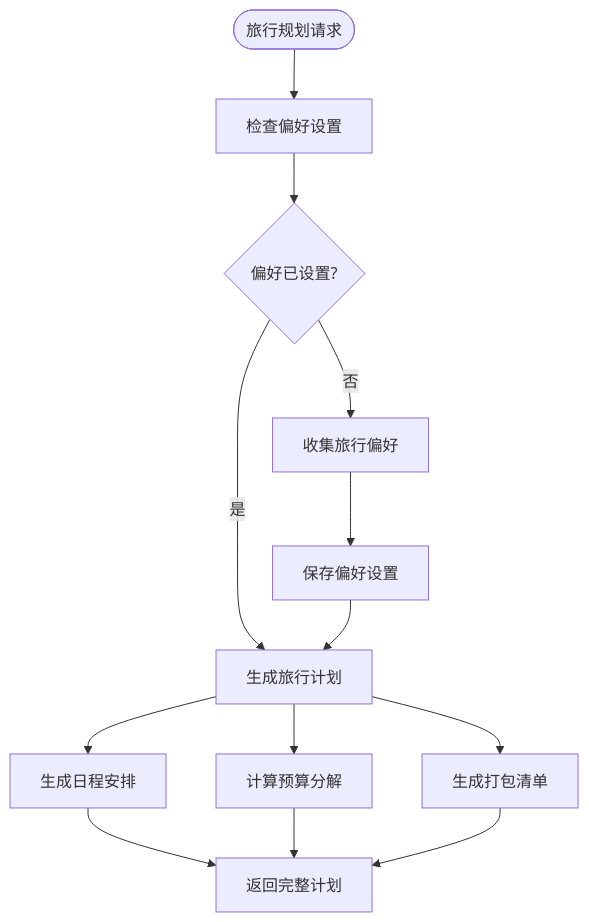
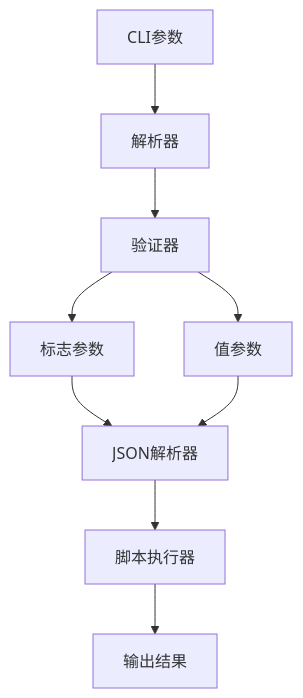
One commit to verse-ai-org/openclaw changed the seventh of 11 diagrams in .qoder/repowiki/zh/content/AI代理系统/AI代理系统.md. Above: the diagram before and after it, drawn with Mermaid. The commit also changed other lines of this file and 74 other files, not shown here.

````diff
--- a/.qoder/repowiki/zh/content/AI代理系统/AI代理系统.md
+++ b/.qoder/repowiki/zh/content/AI代理系统/AI代理系统.md
@@ -284,15 +330,11 @@
 ```mermaid
 flowchart TD
-Start(["旅行规划请求"]) --> CheckPrefs["检查偏好设置"]
-CheckPrefs --> HasPrefs{"偏好已设置?"}
-HasPrefs --> |否| CollectPrefs["收集旅行偏好"]
-HasPrefs --> |是| GenPlan["生成旅行计划"]
-CollectPrefs --> SavePrefs["保存偏好设置"]
-SavePrefs --> GenPlan
-GenPlan --> Itinerary["生成日程安排"]
-GenPlan --> Budget["计算预算分解"]
-GenPlan --> Checklist["生成打包清单"]
-Itinerary --> Output["返回完整计划"]
-Budget --> Output
-Checklist --> Output
+CLIArgs["CLI参数"] --> Parse["解析器"]
+Parse --> Validate["验证器"]
+Validate --> Flags["标志参数"]
+Validate --> Values["值参数"]
+Flags --> JSONParser["JSON解析器"]
+Values --> JSONParser
+JSONParser --> RunScript["脚本执行器"]
+RunScript --> Output["输出结果"]
 ```
````
